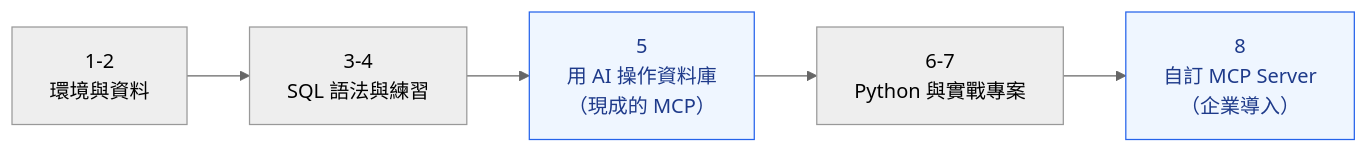
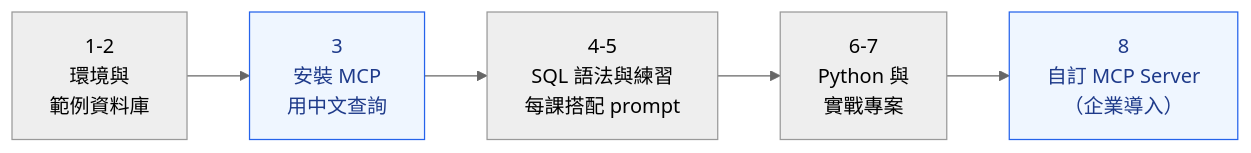
The diagram in README.md (roberthsu2003/postgreSQL_MCP), drawn with Mermaid (neutral theme) before and after one commit. The commit also changed other lines of this file and 26 other files, not shown here.

````diff
--- a/README.md
+++ b/README.md
@@ -18,8 +18,8 @@
 ```mermaid
 flowchart LR
-    A["1-2<br/>環境與資料"] --> B["3-4<br/>SQL 語法與練習"] --> C["5<br/>用 AI 操作資料庫<br/>（現成的 MCP）"]
-    C --> D["6-7<br/>Python 與實戰專案"] --> E["8<br/>自訂 MCP Server<br/>（企業導入）"]
+    A["1-2<br/>環境與<br/>範例資料庫"] --> B["3<br/>安裝 MCP<br/>用中文查詢"] --> C["4-5<br/>SQL 語法與練習<br/>每課搭配 prompt"]
+    C --> D["6-7<br/>Python 與<br/>實戰專案"] --> E["8<br/>自訂 MCP Server<br/>（企業導入）"]
 
     classDef mcp fill:#eff6ff,stroke:#2563eb,color:#1e3a8a
-    class C,E mcp
+    class B,E mcp
 ```
````
